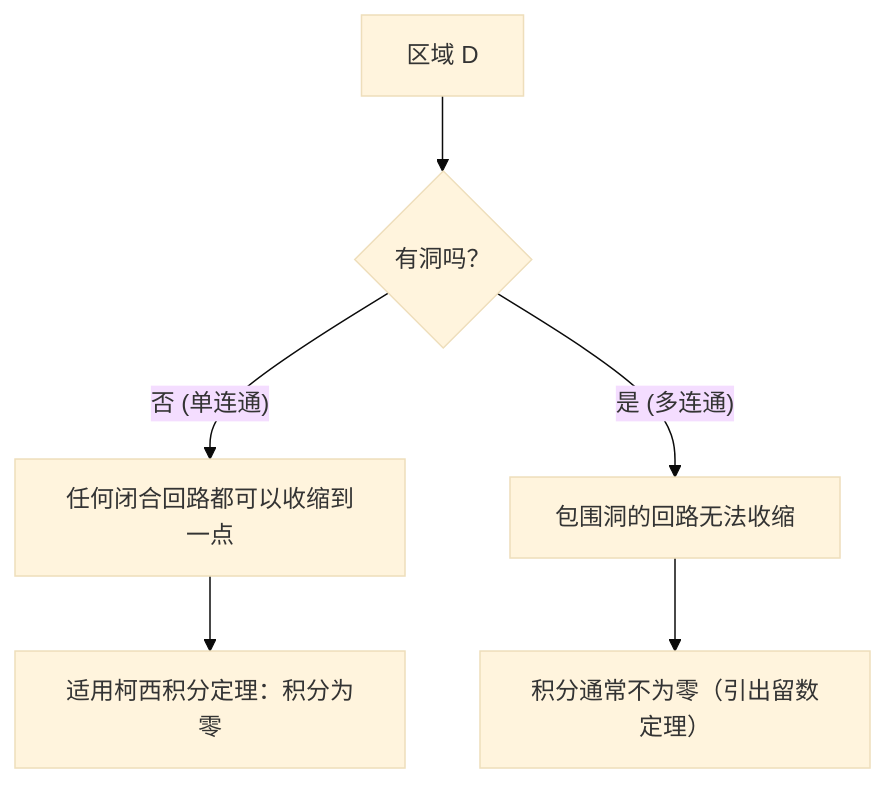
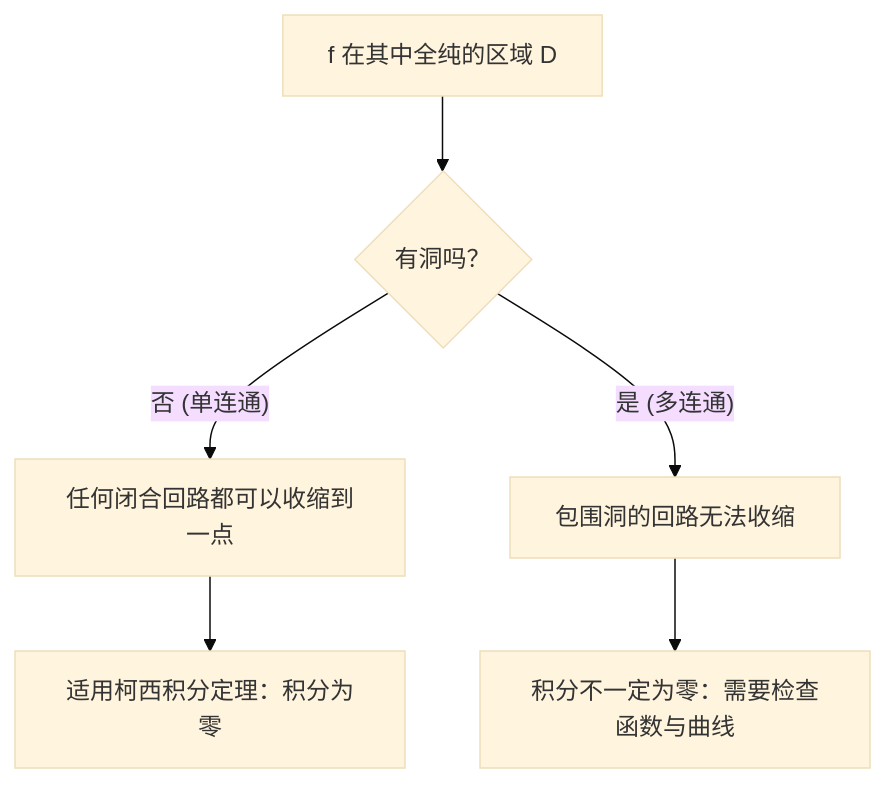
The diagram in content/post/cauchys-integral-theorem/index.zh-cn.md (kenjinote/blog), drawn with Mermaid (base theme) before and after one commit. The commit also changed other lines of this file and 9 other files, not shown here.

````diff
--- a/content/post/cauchys-integral-theorem/index.zh-cn.md
+++ b/content/post/cauchys-integral-theorem/index.zh-cn.md
@@ -95,8 +95,8 @@
 ```mermaid
 flowchart TD
-    A["区域 D"] --> B{"有洞吗？"}
+    A["f 在其中全纯的区域 D"] --> B{"有洞吗？"}
     B -->|"否 (单连通)"| C["任何闭合回路都可以收缩到一点"]
     C --> D["适用柯西积分定理：积分为零"]
     B -->|"是 (多连通)"| E["包围洞的回路无法收缩"]
-    E --> F["积分通常不为零（引出留数定理）"]
+    E --> F["积分不一定为零：需要检查函数与曲线"]
 ```
````
